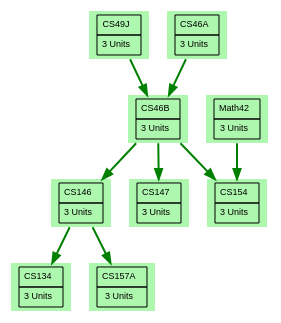
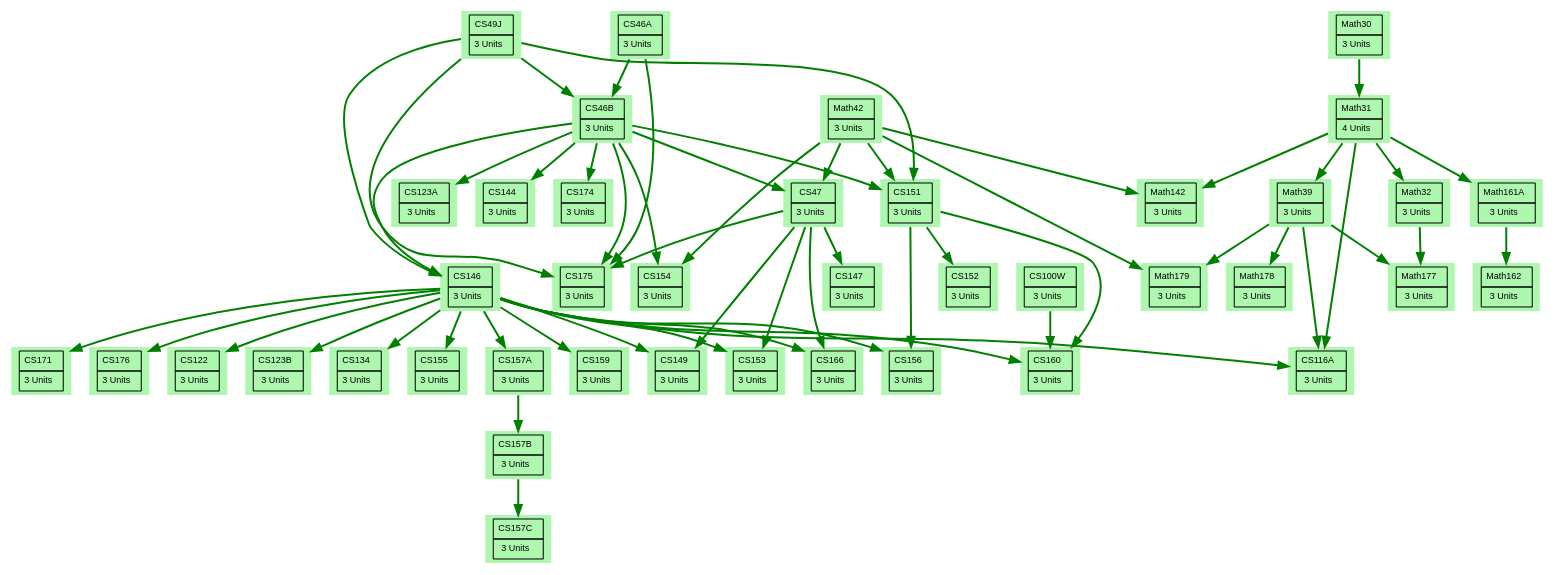
The diagram in digraph D {.dot (NikoJokhadze/CS160ClassDependencies), drawn with Graphviz before and after one commit. The commit also changed 1742 other files, not shown here.

Commit message:
add change to graph

```diff
--- a/digraph D {.dot
+++ b/digraph D {.dot
@@ -22,17 +22,89 @@
     //take off the "layout=neato", with or without rank: both work
     { rank = same; CS49J; CS46A; }
     { rank = same; CS46B; Math42}
+    { rank = same; CS47}
     { rank = same; CS146; CS147; CS154; }
 
-    // define edges
-	CS49J -> CS46B [color="green"]
+    // define edges and edge colors
+    CS49J -> CS46B [color="green"]
+    CS49J -> CS151 [color="green"]
+    CS49J -> CS146 [color="green"]
+    CS49J -> CS175 [color="green"]
+
     CS46A -> CS46B [color="green"]
+    CS46A -> CS175 [color="green"]
+    
+    CS46B -> CS47 [color="green"]
+    CS46B -> CS123A [color="green"]
+    CS46B -> CS144 [color="green"]
     CS46B -> CS146 [color="green"]
-    CS46B -> CS147 [color="green"]
+    CS46B -> CS151 [color="green"]
     CS46B -> CS154 [color="green"]
+    CS46B -> CS174 [color="green"]
+    CS46B -> CS175 [color="green"]
+
+    CS47 -> CS147 [color="green"]
+    CS47 -> CS149 [color="green"]
+    CS47 -> CS153 [color="green"]
+    CS47 -> CS166 [color="green"]
+    CS47 -> CS175 [color="green"]
+
+    
+    CS146 -> CS116A [color="green"]
+    CS146 -> CS122 [color="green"]
+    CS146 -> CS123B [color="green"]
+    CS146 -> CS134 [color="green"]
+    CS146 -> CS149 [color="green"]
+    CS146 -> CS153 [color="green"]
+    CS146 -> CS155 [color="green"]
+    CS146 -> CS156 [color="green"]
+    CS146 -> CS157A [color="green"]
+    CS146 -> CS159 [color="green"]
+    CS146 -> CS160 [color="green"]
+    CS146 -> CS166 [color="green"]
+    CS146 -> CS171 [color="green"]
+    CS146 -> CS176 [color="green"]
+
+    CS151 -> CS152 [color="green"]
+    CS151 -> CS156 [color="green"]
+    CS151 -> CS160 [color="green"]
+
+    CS157A -> CS157B [color="green"]
+    CS157B -> CS157C [color="green"]
+    
+
+    CS100W -> CS160 [color="green"]
+    
+    Math30 -> Math31 [color="green"]
+    
+    Math31 -> CS116A [color="green"]
+    Math31 -> Math32 [color="green"]
+    Math31 -> Math39 [color="green"]
+    Math31 -> Math142 [color="green"]
+    Math31 -> Math161A [color="green"]
+
+    Math32 -> Math177 [color="green"]
+
+    Math39 -> CS116A [color="green"]
+    Math39 -> Math177 [color="green"]
+    Math39 -> Math178 [color="green"]
+    Math39 -> Math179 [color="green"]
+
+    Math42 -> CS47 [color="green"]
+    Math42 -> CS151 [color="green"]
     Math42 -> CS154 [color="green"]
-    CS146 -> CS134 [color="green"]
-    CS146 -> CS157A [color="green"]
+    Math42 -> Math142 [color="green"]
+    Math42 -> Math179 [color="green"]
+
+    Math161A -> Math162 [color="green"]
+    
+    
+    
+    
+    
+    
+   
+
 	
     // define the nodes by rank order
     /*BORDER="0" removes the border around the entire table.
@@ -41,58 +113,215 @@
     CELLPADDING="4" adds padding inside each cell.
     TR: table row; 
     TD: tabla data/table cell*/
-	CS49J [label="CS49J",shape=plaintext,fontsize=9];
-    CS49J [label=<<TABLE BORDER="0" CELLBORDER="1" CELLSPACING="0" CELLPADDING="4">
-        <TR><TD> CS49J </TD></TR> 
-        <TR><TD> 3 Units </TD></TR>
-        </TABLE>>];
+      CS100W [label="CS100W",shape=plaintext,fontsize=9];
+      CS100W [label=<<TABLE BORDER="0" CELLBORDER="1" CELLSPACING="0" CELLPADDING="4">
+          <TR><TD> CS100W </TD></TR> 
+          <TR><TD> 3 Units </TD></TR>
+          </TABLE>>];
+      CS49J [label="CS49J",shape=plaintext,fontsize=9];
+      CS49J [label=<<TABLE BORDER="0" CELLBORDER="1" CELLSPACING="0" CELLPADDING="4">
+          <TR><TD> CS49J </TD></TR> 
+          <TR><TD> 3 Units </TD></TR>
+          </TABLE>>];
     
-    CS46A [label="CS46A",shape=plaintext,fontsize=9];
-    CS46A [label=<<TABLE BORDER="0" CELLBORDER="1" CELLSPACING="0" CELLPADDING="4">
+      CS46A [label="CS46A",shape=plaintext,fontsize=9];
+      CS46A [label=<<TABLE BORDER="0" CELLBORDER="1" CELLSPACING="0" CELLPADDING="4">
           <TR><TD> CS46A </TD></TR> 
           <TR><TD> 3 Units </TD></TR>
           </TABLE>>];
 
-    CS46B [label="CS46B",shape=plaintext,fontsize=9];
-    CS46B [label=<<TABLE BORDER="0" CELLBORDER="1" CELLSPACING="0" CELLPADDING="4">
+      CS46B [label="CS46B",shape=plaintext,fontsize=9];
+      CS46B [label=<<TABLE BORDER="0" CELLBORDER="1" CELLSPACING="0" CELLPADDING="4">
           <TR><TD> CS46B </TD></TR> 
           <TR><TD> 3 Units </TD></TR>
           </TABLE>>];
-    Math42 [label="Math42",shape=plaintext,fontsize=9];
-    Math42 [label=<<TABLE BORDER="0" CELLBORDER="1" CELLSPACING="0" CELLPADDING="4">
+      CS47 [label="CS47",shape=plaintext,fontsize=9];
+      CS47 [label=<<TABLE BORDER="0" CELLBORDER="1" CELLSPACING="0" CELLPADDING="4">
+          <TR><TD> CS47 </TD></TR> 
+          <TR><TD> 3 Units </TD></TR>
+          </TABLE>>];
+      
+      CS116A [label="CS116A",shape=plaintext,fontsize=9];
+      CS116A [label=<<TABLE BORDER="0" CELLBORDER="1" CELLSPACING="0" CELLPADDING="4">
+          <TR><TD> CS116A </TD></TR> 
+          <TR><TD> 3 Units </TD></TR>
+          </TABLE>>];
+      CS122 [label="CS122",shape=plaintext,fontsize=9];
+      CS122 [label=<<TABLE BORDER="0" CELLBORDER="1" CELLSPACING="0" CELLPADDING="4">
+          <TR><TD> CS122 </TD></TR> 
+          <TR><TD> 3 Units </TD></TR>
+          </TABLE>>];
+      CS123A [label="CS123A",shape=plaintext,fontsize=9];
+      CS123A [label=<<TABLE BORDER="0" CELLBORDER="1" CELLSPACING="0" CELLPADDING="4">
+          <TR><TD> CS123A </TD></TR> 
+          <TR><TD> 3 Units </TD></TR>
+          </TABLE>>];
+      CS123B [label="CS123B",shape=plaintext,fontsize=9];
+      CS123B [label=<<TABLE BORDER="0" CELLBORDER="1" CELLSPACING="0" CELLPADDING="4">
+          <TR><TD> CS123B </TD></TR> 
+          <TR><TD> 3 Units </TD></TR>
+          </TABLE>>];
+      CS134 [label="CS134",shape=plaintext,fontsize=9];
+      CS134 [label=<<TABLE BORDER="0" CELLBORDER="1" CELLSPACING="0" CELLPADDING="4">
+          <TR><TD> CS134 </TD></TR> 
+          <TR><TD> 3 Units </TD></TR>
+          </TABLE>>];
+      CS144 [label="CS144",shape=plaintext,fontsize=9];
+      CS144 [label=<<TABLE BORDER="0" CELLBORDER="1" CELLSPACING="0" CELLPADDING="4">
+          <TR><TD> CS144 </TD></TR> 
+          <TR><TD> 3 Units </TD></TR>
+          </TABLE>>];
+      CS146 [label="CS146",shape=plaintext,fontsize=9];
+      CS146 [label=<<TABLE BORDER="0" CELLBORDER="1" CELLSPACING="0" CELLPADDING="4">
+          <TR><TD> CS146 </TD></TR> 
+          <TR><TD> 3 Units </TD></TR>
+          </TABLE>>];
+      CS147 [label="CS147",shape=plaintext,fontsize=9];
+      CS147 [label=<<TABLE BORDER="0" CELLBORDER="1" CELLSPACING="0" CELLPADDING="4">
+          <TR><TD> CS147 </TD></TR> 
+          <TR><TD> 3 Units </TD></TR>
+          </TABLE>>];
+      CS149 [label="CS149",shape=plaintext,fontsize=9];
+      CS149 [label=<<TABLE BORDER="0" CELLBORDER="1" CELLSPACING="0" CELLPADDING="4">
+          <TR><TD> CS149 </TD></TR> 
+          <TR><TD> 3 Units </TD></TR>
+          </TABLE>>];
+      CS151 [label="CS151",shape=plaintext,fontsize=9];
+      CS151 [label=<<TABLE BORDER="0" CELLBORDER="1" CELLSPACING="0" CELLPADDING="4">
+          <TR><TD> CS151 </TD></TR> 
+          <TR><TD> 3 Units </TD></TR>
+          </TABLE>>];
+      CS152 [label="CS152",shape=plaintext,fontsize=9];
+      CS152 [label=<<TABLE BORDER="0" CELLBORDER="1" CELLSPACING="0" CELLPADDING="4">
+          <TR><TD> CS152 </TD></TR> 
+          <TR><TD> 3 Units </TD></TR>
+          </TABLE>>];
+      CS153 [label="CS153",shape=plaintext,fontsize=9];
+      CS153 [label=<<TABLE BORDER="0" CELLBORDER="1" CELLSPACING="0" CELLPADDING="4">
+          <TR><TD> CS153 </TD></TR> 
+          <TR><TD> 3 Units </TD></TR>
+          </TABLE>>];
+      CS154 [label="CS154",shape=plaintext,fontsize=9];
+      CS154 [label=<<TABLE BORDER="0" CELLBORDER="1" CELLSPACING="0" CELLPADDING="4">
+          <TR><TD> CS154 </TD></TR> 
+          <TR><TD> 3 Units </TD></TR>
+          </TABLE>>];
+      CS155 [label="CS155",shape=plaintext,fontsize=9];
+      CS155 [label=<<TABLE BORDER="0" CELLBORDER="1" CELLSPACING="0" CELLPADDING="4">
+          <TR><TD> CS155 </TD></TR> 
+          <TR><TD> 3 Units </TD></TR>
+          </TABLE>>];
+      CS156 [label="CS156",shape=plaintext,fontsize=9];
+      CS156 [label=<<TABLE BORDER="0" CELLBORDER="1" CELLSPACING="0" CELLPADDING="4">
+          <TR><TD> CS156 </TD></TR> 
+          <TR><TD> 3 Units </TD></TR>
+          </TABLE>>];
+      
+      CS157A [label="CS157A",shape=plaintext,fontsize=9];
+      CS157A [label=<<TABLE BORDER="0" CELLBORDER="1" CELLSPACING="0" CELLPADDING="4">
+          <TR><TD> CS157A </TD></TR> 
+          <TR><TD> 3 Units </TD></TR>
+          </TABLE>>];
+      CS157B [label="CS157B",shape=plaintext,fontsize=9];
+      CS157B [label=<<TABLE BORDER="0" CELLBORDER="1" CELLSPACING="0" CELLPADDING="4">
+          <TR><TD> CS157B </TD></TR> 
+          <TR><TD> 3 Units </TD></TR>
+          </TABLE>>];
+      CS157C [label="CS157C",shape=plaintext,fontsize=9];
+      CS157C [label=<<TABLE BORDER="0" CELLBORDER="1" CELLSPACING="0" CELLPADDING="4">
+          <TR><TD> CS157C </TD></TR> 
+          <TR><TD> 3 Units </TD></TR>
+          </TABLE>>];
+      CS159 [label="CS159",shape=plaintext,fontsize=9];
+      CS159 [label=<<TABLE BORDER="0" CELLBORDER="1" CELLSPACING="0" CELLPADDING="4">
+          <TR><TD> CS159 </TD></TR> 
+          <TR><TD> 3 Units </TD></TR>
+          </TABLE>>];
+      CS160 [label="CS160",shape=plaintext,fontsize=9];
+      CS160 [label=<<TABLE BORDER="0" CELLBORDER="1" CELLSPACING="0" CELLPADDING="4">
+          <TR><TD> CS160 </TD></TR> 
+          <TR><TD> 3 Units </TD></TR>
+          </TABLE>>];
+      CS166 [label="CS166",shape=plaintext,fontsize=9];
+      CS166 [label=<<TABLE BORDER="0" CELLBORDER="1" CELLSPACING="0" CELLPADDING="4">
+          <TR><TD> CS166 </TD></TR> 
+          <TR><TD> 3 Units </TD></TR>
+          </TABLE>>];
+      CS171 [label="CS171",shape=plaintext,fontsize=9];
+      CS171 [label=<<TABLE BORDER="0" CELLBORDER="1" CELLSPACING="0" CELLPADDING="4">
+          <TR><TD> CS171 </TD></TR> 
+          <TR><TD> 3 Units </TD></TR>
+          </TABLE>>];
+      CS174 [label="CS174",shape=plaintext,fontsize=9];
+      CS174 [label=<<TABLE BORDER="0" CELLBORDER="1" CELLSPACING="0" CELLPADDING="4">
+          <TR><TD> CS174 </TD></TR> 
+          <TR><TD> 3 Units </TD></TR>
+          </TABLE>>];
+      CS175 [label="CS175",shape=plaintext,fontsize=9];
+      CS175 [label=<<TABLE BORDER="0" CELLBORDER="1" CELLSPACING="0" CELLPADDING="4">
+          <TR><TD> CS175 </TD></TR> 
+          <TR><TD> 3 Units </TD></TR>
+          </TABLE>>];
+      CS176 [label="CS176",shape=plaintext,fontsize=9];
+      CS176 [label=<<TABLE BORDER="0" CELLBORDER="1" CELLSPACING="0" CELLPADDING="4">
+          <TR><TD> CS176 </TD></TR> 
+          <TR><TD> 3 Units </TD></TR>
+          </TABLE>>];
+
+      /*math node*/
+      Math30 [label="Math30",shape=plaintext,fontsize=9];
+      Math30 [label=<<TABLE BORDER="0" CELLBORDER="1" CELLSPACING="0" CELLPADDING="4">
+          <TR><TD> Math30 </TD></TR> 
+          <TR><TD> 3 Units </TD></TR>
+          </TABLE>>];
+      Math31 [label="Math31",shape=plaintext,fontsize=9];
+      Math31 [label=<<TABLE BORDER="0" CELLBORDER="1" CELLSPACING="0" CELLPADDING="4">
+          <TR><TD> Math31 </TD></TR> 
+          <TR><TD> 4 Units </TD></TR>
+          </TABLE>>];
+      Math32 [label="Math32",shape=plaintext,fontsize=9];
+      Math32 [label=<<TABLE BORDER="0" CELLBORDER="1" CELLSPACING="0" CELLPADDING="4">
+          <TR><TD> Math32 </TD></TR> 
+          <TR><TD> 3 Units </TD></TR>
+          </TABLE>>];
+      Math39 [label="Math39",shape=plaintext,fontsize=9];
+      Math39 [label=<<TABLE BORDER="0" CELLBORDER="1" CELLSPACING="0" CELLPADDING="4">
+          <TR><TD> Math39 </TD></TR> 
+          <TR><TD> 3 Units </TD></TR>
+          </TABLE>>];
+      Math42 [label="Math42",shape=plaintext,fontsize=9];
+      Math42 [label=<<TABLE BORDER="0" CELLBORDER="1" CELLSPACING="0" CELLPADDING="4">
           <TR><TD> Math42 </TD></TR> 
           <TR><TD> 3 Units </TD></TR>
           </TABLE>>];
-
-    CS146 [label="CS146",shape=plaintext,fontsize=9];
-    CS146 [label=<<TABLE BORDER="0" CELLBORDER="1" CELLSPACING="0" CELLPADDING="4">
-          <TR><TD> CS146 </TD></TR> 
+      Math142 [label="Math142",shape=plaintext,fontsize=9];
+      Math142 [label=<<TABLE BORDER="0" CELLBORDER="1" CELLSPACING="0" CELLPADDING="4">
+          <TR><TD> Math142 </TD></TR> 
           <TR><TD> 3 Units </TD></TR>
           </TABLE>>];
-    CS147 [label="CS147",shape=plaintext,fontsize=9];
-    CS147 [label=<<TABLE BORDER="0" CELLBORDER="1" CELLSPACING="0" CELLPADDING="4">
-          <TR><TD> CS147 </TD></TR> 
+      Math161A [label="Math161A",shape=plaintext,fontsize=9];
+      Math161A [label=<<TABLE BORDER="0" CELLBORDER="1" CELLSPACING="0" CELLPADDING="4">
+          <TR><TD> Math161A </TD></TR> 
           <TR><TD> 3 Units </TD></TR>
           </TABLE>>];
-    CS154 [label="CS154",shape=plaintext,fontsize=9];
-    CS154 [label=<<TABLE BORDER="0" CELLBORDER="1" CELLSPACING="0" CELLPADDING="4">
-          <TR><TD> CS154 </TD></TR> 
+      Math162 [label="Math162",shape=plaintext,fontsize=9];
+      Math162 [label=<<TABLE BORDER="0" CELLBORDER="1" CELLSPACING="0" CELLPADDING="4">
+          <TR><TD> Math162 </TD></TR> 
           <TR><TD> 3 Units </TD></TR>
           </TABLE>>];
-
-    CS134 [label="CS134",shape=plaintext,fontsize=9];
-    CS134 [label=<<TABLE BORDER="0" CELLBORDER="1" CELLSPACING="0" CELLPADDING="4">
-          <TR><TD> CS134 </TD></TR> 
+      Math177 [label="Math177",shape=plaintext,fontsize=9];
+      Math177 [label=<<TABLE BORDER="0" CELLBORDER="1" CELLSPACING="0" CELLPADDING="4">
+          <TR><TD> Math177 </TD></TR> 
           <TR><TD> 3 Units </TD></TR>
           </TABLE>>];
-    CS157A [label="CS157A",shape=plaintext,fontsize=9];
-    CS157A [label=<<TABLE BORDER="0" CELLBORDER="1" CELLSPACING="0" CELLPADDING="4">
-          <TR><TD> CS157A </TD></TR> 
+      Math178 [label="Math178",shape=plaintext,fontsize=9];
+      Math178 [label=<<TABLE BORDER="0" CELLBORDER="1" CELLSPACING="0" CELLPADDING="4">
+          <TR><TD> Math178 </TD></TR> 
           <TR><TD> 3 Units </TD></TR>
           </TABLE>>];
-
-
-	
-
-	
+      Math179 [label="Math179",shape=plaintext,fontsize=9];
+      Math179 [label=<<TABLE BORDER="0" CELLBORDER="1" CELLSPACING="0" CELLPADDING="4">
+          <TR><TD> Math179 </TD></TR> 
+          <TR><TD> 3 Units </TD></TR>
+          </TABLE>>];	
 }
```
